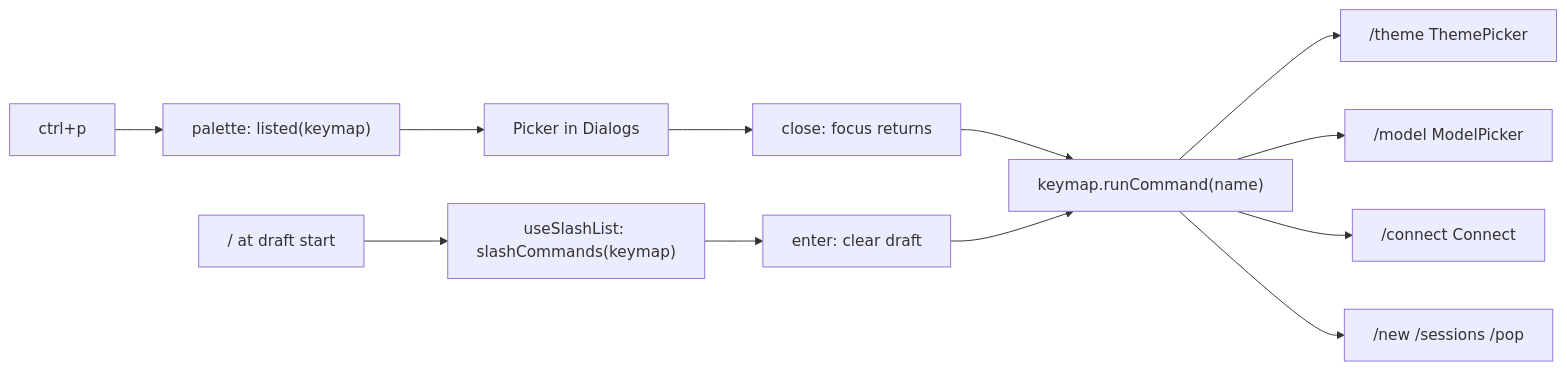
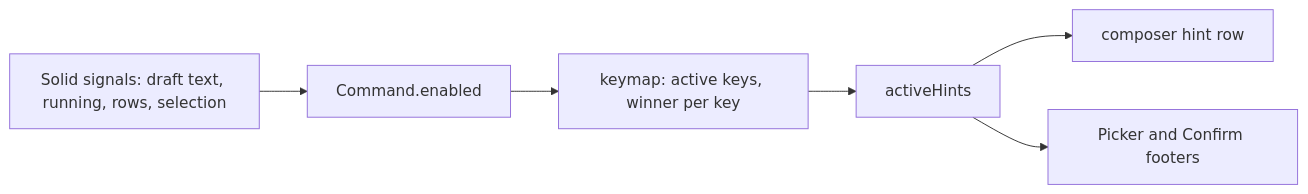
The sixth of 6 diagrams in docs/plans/tui.md (shanepadgett/liminal), drawn with Mermaid before and after one commit. The commit also changed other lines of this file and 51 other files, not shown here.

Commit message:
feat(tui): add extensible commands and draft menus with state-aware key hints

````diff
--- a/docs/plans/tui.md
+++ b/docs/plans/tui.md
@@ -924,13 +902,8 @@
 ```mermaid
 flowchart LR
-  key["ctrl+p"] --> pal["palette: listed(keymap)"]
-  pal --> pick["Picker in Dialogs"]
-  pick --> close["close: focus returns"]
-  close --> run["keymap.runCommand(name)"]
-  slash["/ at draft start"] --> menu["useSlashList: slashCommands(keymap)"]
-  menu --> enter["enter: clear draft"] --> run
-  run --> theme["/theme ThemePicker"]
-  run --> model["/model ModelPicker"]
-  run --> connect["/connect Connect"]
-  run --> chat["/new /sessions /pop"]
+  state["Solid signals: draft text, running, rows, selection"] --> enabled["Command.enabled"]
+  enabled --> keymap["keymap: active keys, winner per key"]
+  keymap --> hints["activeHints"]
+  hints --> composer["composer hint row"]
+  hints --> picker["Picker and Confirm footers"]
 ```
````
